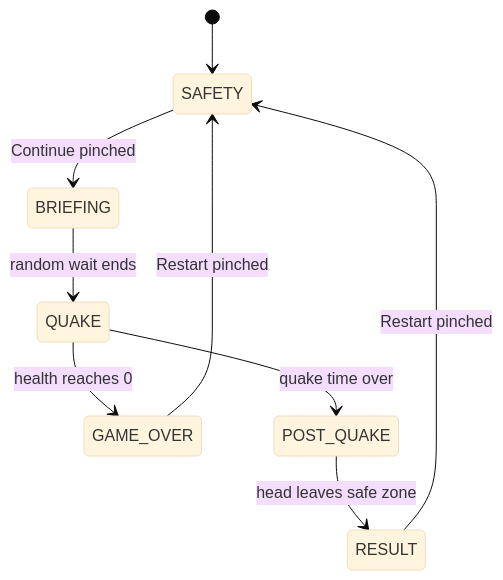
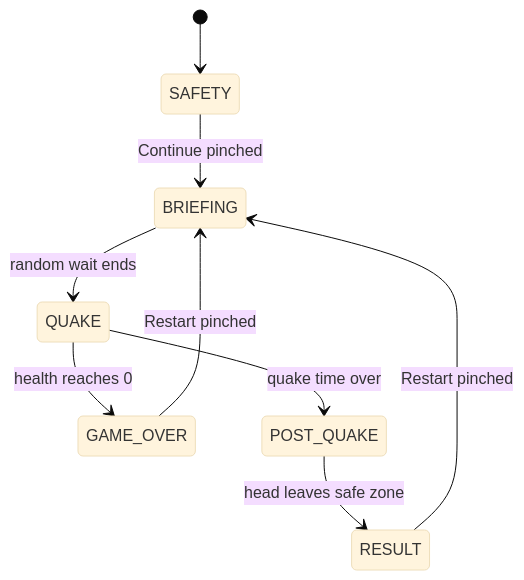
One commit to FairoLegends/Aftershock changed the second of 2 diagrams in docs/USER_FLOW_DIAGRAM.md. Above: the diagram before and after it, drawn with Mermaid (base theme). The commit also changed other lines of this file and 4 other files, not shown here.

````diff
--- a/docs/USER_FLOW_DIAGRAM.md
+++ b/docs/USER_FLOW_DIAGRAM.md
@@ -48,11 +48,11 @@
 ```mermaid
 stateDiagram-v2
     [*] --> SAFETY
     SAFETY --> BRIEFING: Continue pinched
     BRIEFING --> QUAKE: random wait ends
     QUAKE --> GAME_OVER: health reaches 0
     QUAKE --> POST_QUAKE: quake time over
     POST_QUAKE --> RESULT: head leaves safe zone
-    RESULT --> SAFETY: Restart pinched
-    GAME_OVER --> SAFETY: Restart pinched
+    RESULT --> BRIEFING: Restart pinched
+    GAME_OVER --> BRIEFING: Restart pinched
 ```
````
